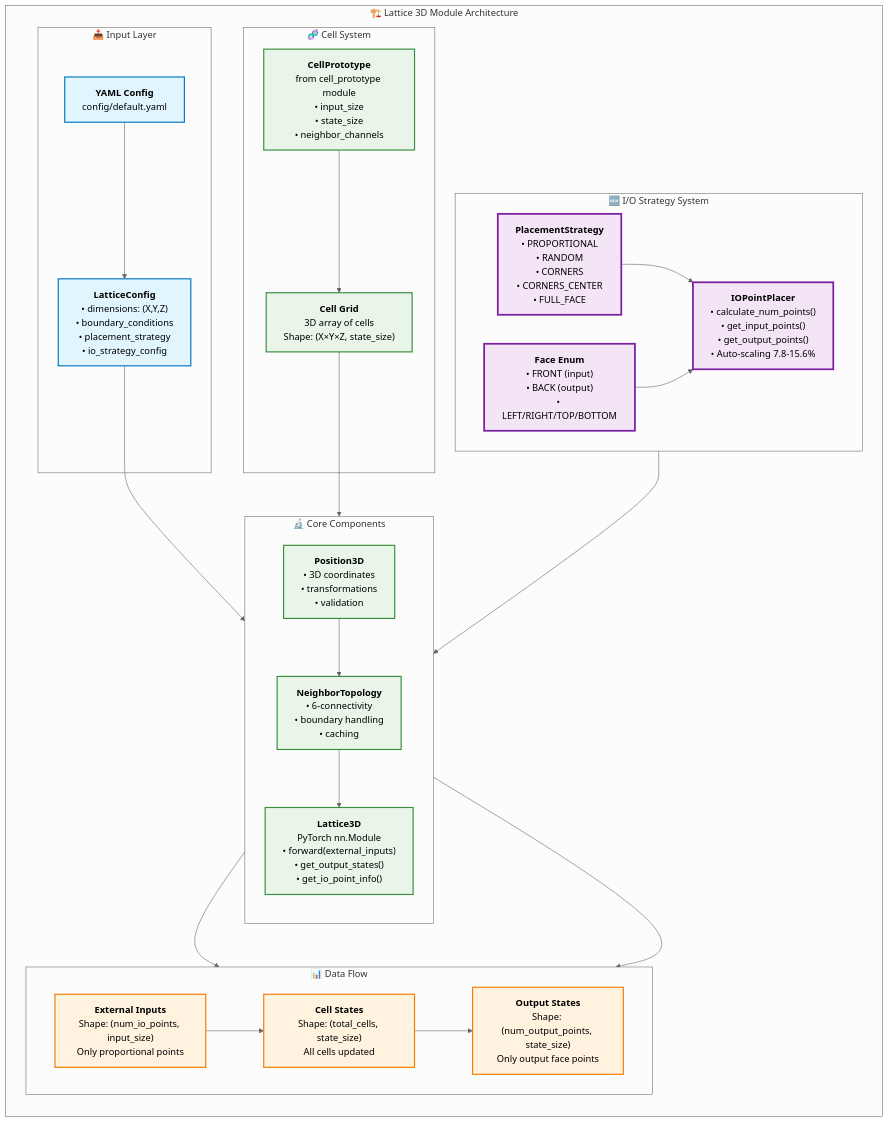
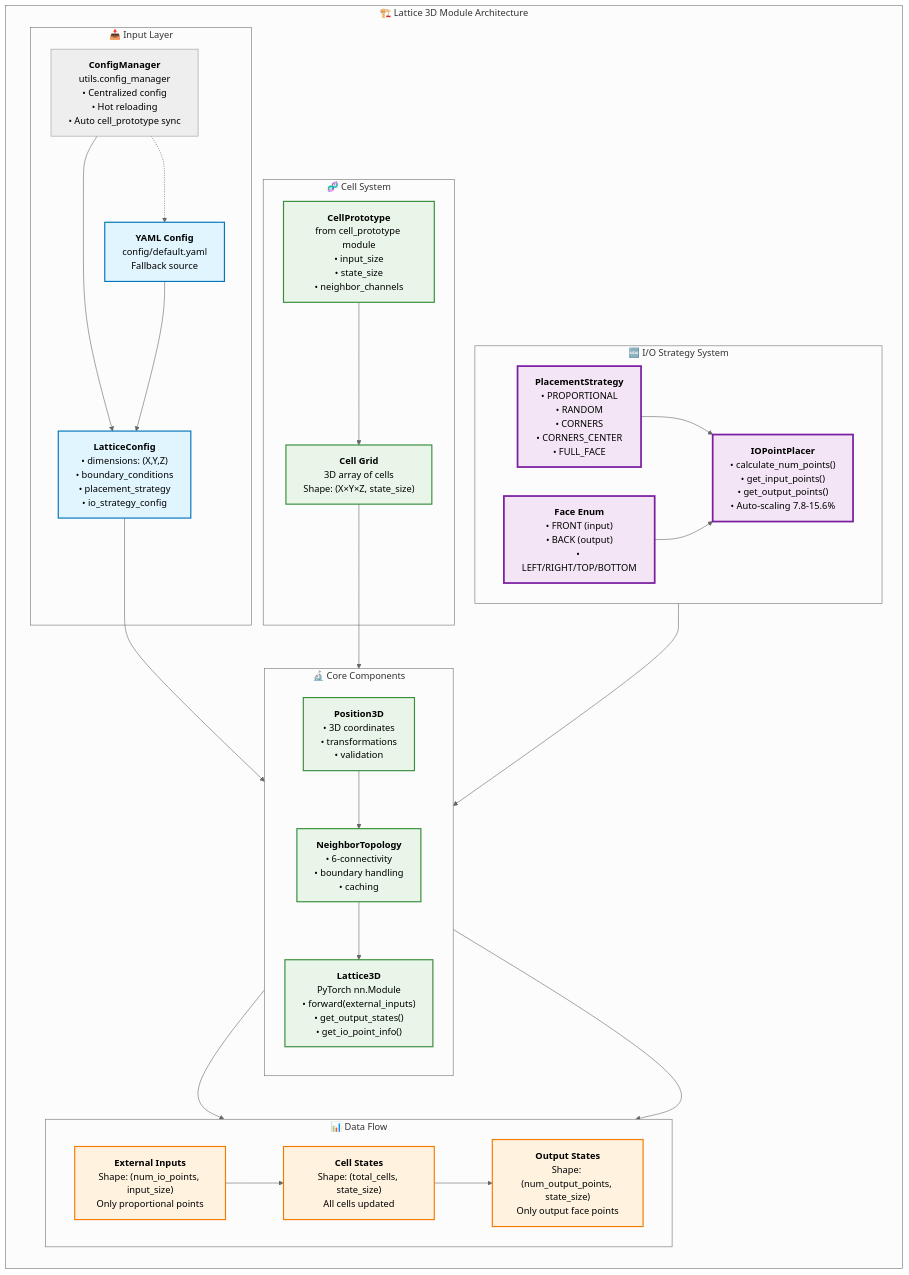
Before and after one commit to LL1yt/EnergyFlowSwift: the diagram in core/lattice_3d/diagram.mmd, drawn with Mermaid (neutral theme). The commit also changed 20 other files, not shown here.

````diff
--- a/core/lattice_3d/diagram.mmd
+++ b/core/lattice_3d/diagram.mmd
@@ -1,68 +1,72 @@
 ```mermaid
 graph TB
     subgraph "🏗️ Lattice 3D Module Architecture"
         direction TB
         
         subgraph "📥 Input Layer"
             CONFIG["`**LatticeConfig**<br/>• dimensions: (X,Y,Z)<br/>• boundary_conditions<br/>• placement_strategy<br/>• io_strategy_config`"]
-            YAML["`**YAML Config**<br/>config/default.yaml`"]
+            CONFIGMGR["`**ConfigManager**<br/>utils.config_manager<br/>• Centralized config<br/>• Hot reloading<br/>• Auto cell_prototype sync`"]
+            YAML["`**YAML Config**<br/>config/default.yaml<br/>Fallback source`"]
+            
+            CONFIGMGR --> CONFIG
             YAML --> CONFIG
+            CONFIGMGR -.-> YAML
         end
         
         subgraph "🆕 I/O Strategy System"
             direction LR
             STRATEGY["`**PlacementStrategy**<br/>• PROPORTIONAL<br/>• RANDOM<br/>• CORNERS<br/>• CORNERS_CENTER<br/>• FULL_FACE`"]
             PLACER["`**IOPointPlacer**<br/>• calculate_num_points()<br/>• get_input_points()<br/>• get_output_points()<br/>• Auto-scaling 7.8-15.6%`"]
             FACES["`**Face Enum**<br/>• FRONT (input)<br/>• BACK (output)<br/>• LEFT/RIGHT/TOP/BOTTOM`"]
             
             STRATEGY --> PLACER
             FACES --> PLACER
         end
         
         subgraph "🔬 Core Components"
             direction TB
             LATTICE["`**Lattice3D**<br/>PyTorch nn.Module<br/>• forward(external_inputs)<br/>• get_output_states()<br/>• get_io_point_info()`"]
             POSITION["`**Position3D**<br/>• 3D coordinates<br/>• transformations<br/>• validation`"]
             NEIGHBOR["`**NeighborTopology**<br/>• 6-connectivity<br/>• boundary handling<br/>• caching`"]
         end
         
         subgraph "🧬 Cell System"
             PROTOTYPE["`**CellPrototype**<br/>from cell_prototype module<br/>• input_size<br/>• state_size<br/>• neighbor_channels`"]
             CELLS["`**Cell Grid**<br/>3D array of cells<br/>Shape: (X×Y×Z, state_size)`"]
             
             PROTOTYPE --> CELLS
         end
         
         subgraph "📊 Data Flow"
             direction LR
             INPUT_DATA["`**External Inputs**<br/>Shape: (num_io_points, input_size)<br/>Only proportional points`"]
             STATES["`**Cell States**<br/>Shape: (total_cells, state_size)<br/>All cells updated`"]
             OUTPUT_DATA["`**Output States**<br/>Shape: (num_output_points, state_size)<br/>Only output face points`"]
             
             INPUT_DATA --> STATES
             STATES --> OUTPUT_DATA
         end
     end
     
     %% Dependencies
     CONFIG --> LATTICE
     PLACER --> LATTICE
     POSITION --> NEIGHBOR
     NEIGHBOR --> LATTICE
     CELLS --> LATTICE
     
     %% Data flow connections
     LATTICE --> INPUT_DATA
     LATTICE --> OUTPUT_DATA
     
     %% Styling
     classDef configClass fill:#e1f5fe,stroke:#0277bd,stroke-width:2px
     classDef newClass fill:#f3e5f5,stroke:#7b1fa2,stroke-width:3px
     classDef coreClass fill:#e8f5e8,stroke:#388e3c,stroke-width:2px
     classDef dataClass fill:#fff3e0,stroke:#f57c00,stroke-width:2px
     
     class CONFIG,YAML configClass
     class STRATEGY,PLACER,FACES newClass
     class LATTICE,POSITION,NEIGHBOR,PROTOTYPE,CELLS coreClass
     class INPUT_DATA,STATES,OUTPUT_DATA dataClass
 ```
````
